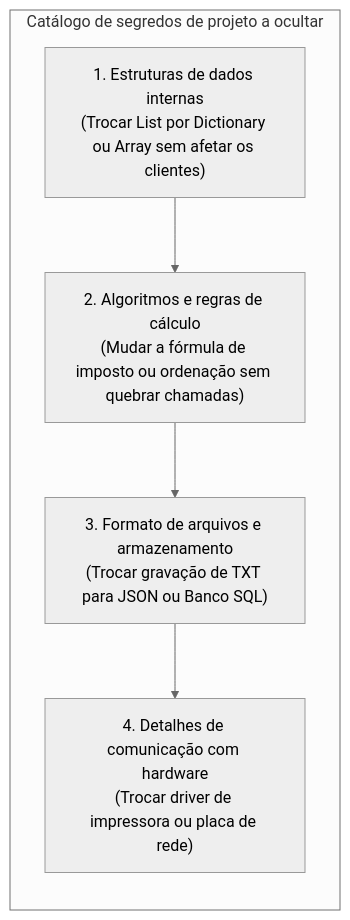
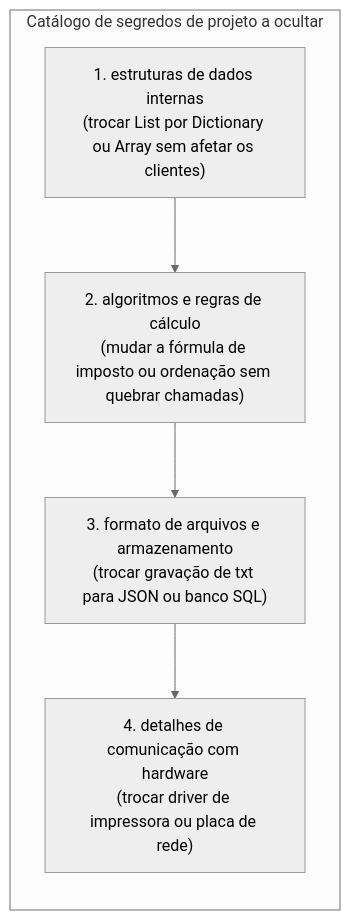
One commit to leorruas/puc changed the second of 4 diagrams in 01. Programacao Modular/11. Princípio da ocultação da informação (information hiding e encapsulamento).md. Above: the diagram before and after it, drawn with Mermaid (neutral theme). The commit also changed other lines of this file and 10 other files, not shown here.

````diff
--- a/01. Programacao Modular/11. Princípio da ocultação da informação (information hiding e encapsulamento).md
+++ b/01. Programacao Modular/11. Princípio da ocultação da informação (information hiding e encapsulamento).md
@@ -127,14 +303,14 @@
 ```mermaid
 flowchart TD
     subgraph SegredosParnas ["Catálogo de segredos de projeto a ocultar"]
         direction TB
-        S1["1. Estruturas de dados internas<br>(Trocar List por Dictionary ou Array sem afetar os clientes)"]
-        S2["2. Algoritmos e regras de cálculo<br>(Mudar a fórmula de imposto ou ordenação sem quebrar chamadas)"]
-        S3["3. Formato de arquivos e armazenamento<br>(Trocar gravação de TXT para JSON ou Banco SQL)"]
-        S4["4. Detalhes de comunicação com hardware<br>(Trocar driver de impressora ou placa de rede)"]
+        S1["1. estruturas de dados internas<br>(trocar List por Dictionary ou Array sem afetar os clientes)"]
+        S2["2. algoritmos e regras de cálculo<br>(mudar a fórmula de imposto ou ordenação sem quebrar chamadas)"]
+        S3["3. formato de arquivos e armazenamento<br>(trocar gravação de txt para JSON ou banco SQL)"]
+        S4["4. detalhes de comunicação com hardware<br>(trocar driver de impressora ou placa de rede)"]
 
         S1 --> S2
         S2 --> S3
         S3 --> S4
     end
 ```
````
